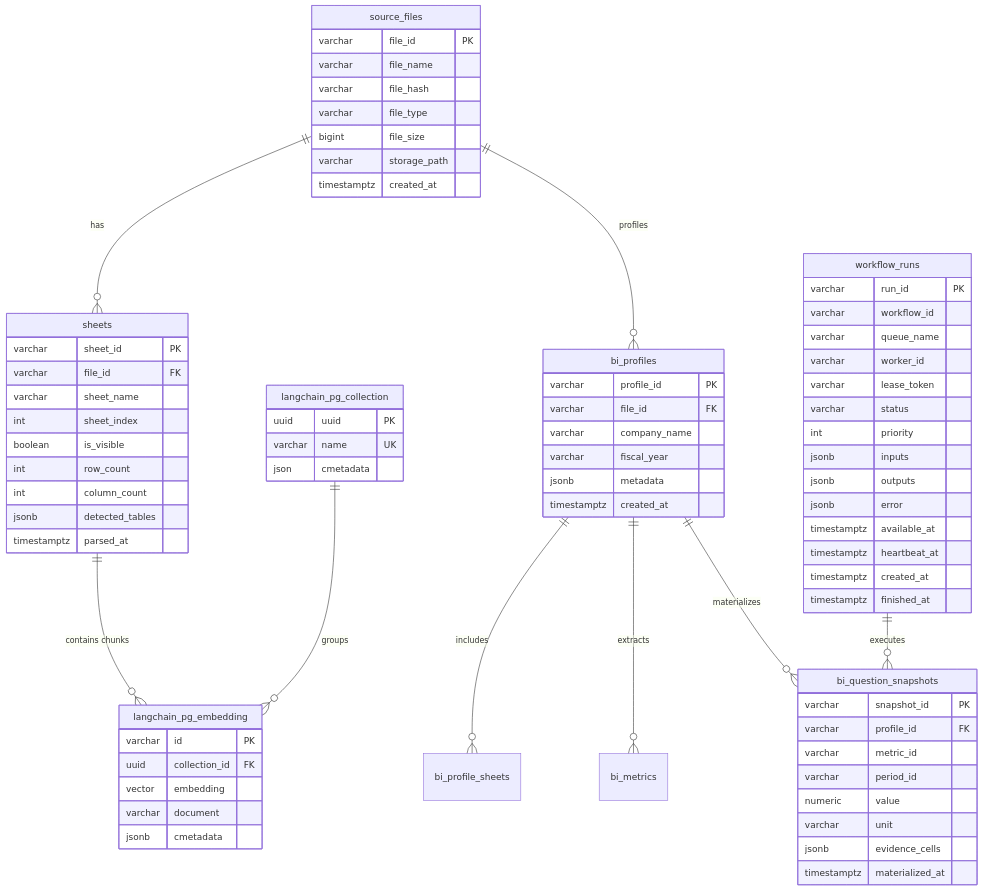
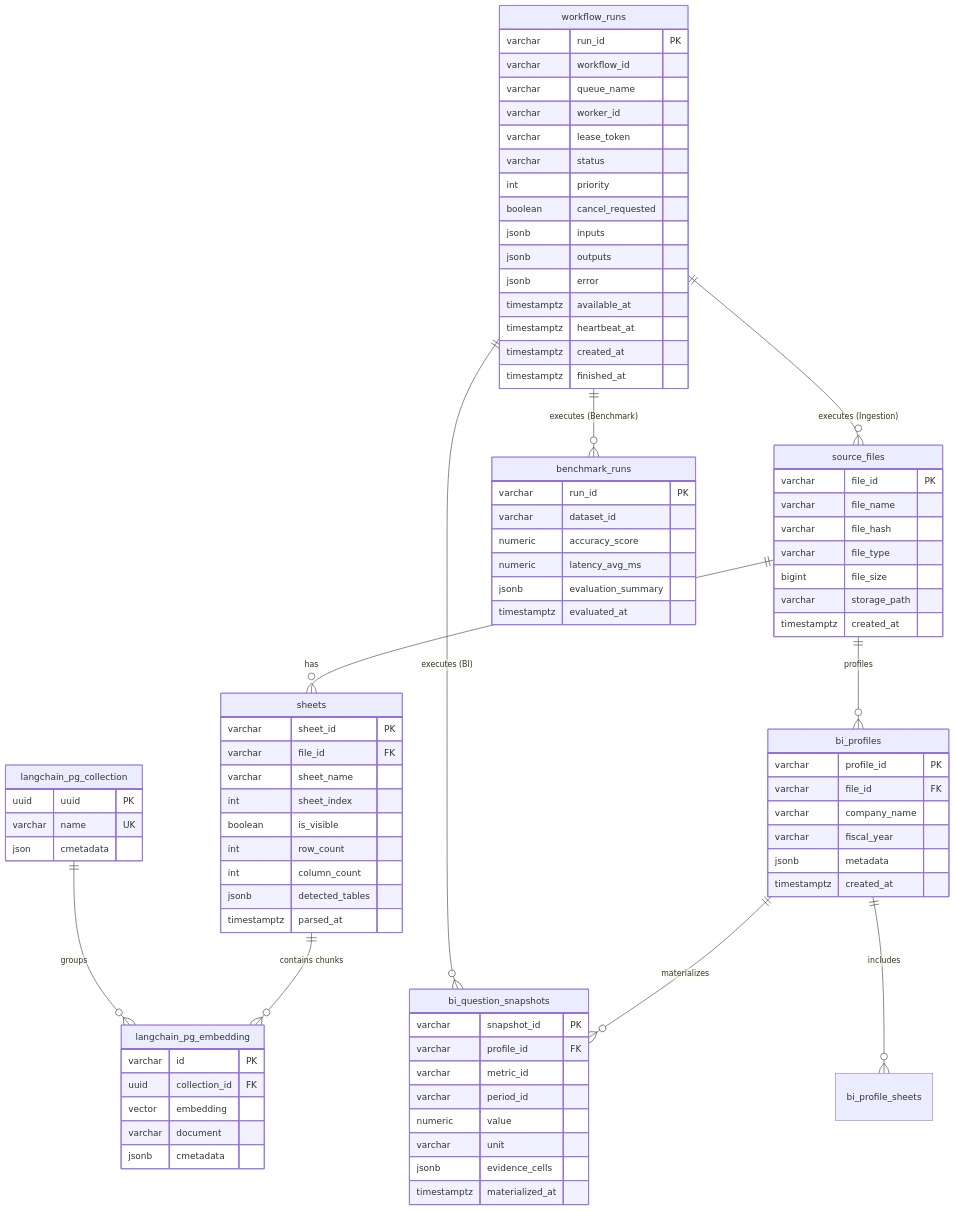
One commit to bist-mini-final/bist-mini-final changed the diagram in docs/05_interface_blueprints/BP-503_database_erd_and_ddl.md. Above: the diagram before and after it, drawn with Mermaid. The commit also changed other lines of this file, not shown here.

Commit message:
docs: clarify workflow_runs as universal execution ledger for all workspaces and pipelines in BP-503

````diff
--- a/docs/05_interface_blueprints/BP-503_database_erd_and_ddl.md
+++ b/docs/05_interface_blueprints/BP-503_database_erd_and_ddl.md
@@ -13,9 +13,11 @@
     langchain_pg_collection ||--o{ langchain_pg_embedding : "groups"
     source_files ||--o{ bi_profiles : "profiles"
     bi_profiles ||--o{ bi_profile_sheets : "includes"
-    bi_profiles ||--o{ bi_metrics : "extracts"
     bi_profiles ||--o{ bi_question_snapshots : "materializes"
-    workflow_runs ||--o{ bi_question_snapshots : "executes"
+    
+    workflow_runs ||--o{ bi_question_snapshots : "executes (BI)"
+    workflow_runs ||--o{ source_files : "executes (Ingestion)"
+    workflow_runs ||--o{ benchmark_runs : "executes (Benchmark)"
 
     source_files {
         varchar file_id PK
@@ -61,6 +63,7 @@
         varchar lease_token
         varchar status
         int priority
+        boolean cancel_requested
         jsonb inputs
         jsonb outputs
         jsonb error
@@ -89,4 +92,13 @@
         jsonb evidence_cells
         timestamptz materialized_at
     }
+
+    benchmark_runs {
+        varchar run_id PK
+        varchar dataset_id
+        numeric accuracy_score
+        numeric latency_avg_ms
+        jsonb evaluation_summary
+        timestamptz evaluated_at
+    }
 ```
````
